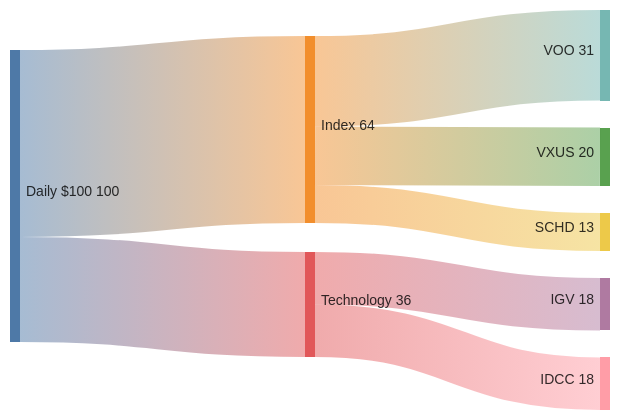
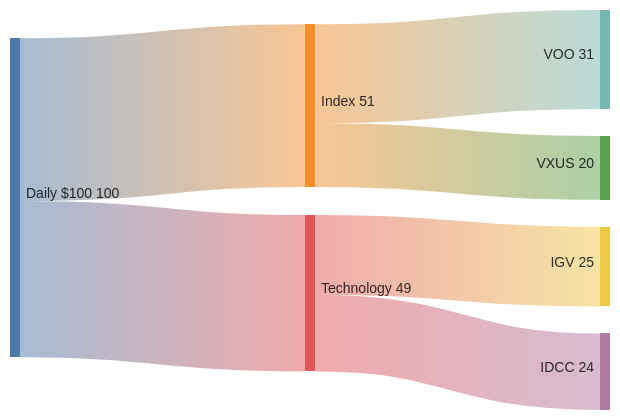
The diagram in portfolio/dashboards/dca-flow.md (CynicDog/investment-journal), drawn with Mermaid before and after one commit. The commit also changed 1 other file, not shown here.

Commit message:
feat(allocation): drop SCHD, redistribute to IGV/IDCC (plan v10)
SCHD removed as too conservative; 13% redistributed to IGV (+7→25%)
and IDCC (+6→24%). VOO and VXUS unchanged.

````diff
--- a/portfolio/dashboards/dca-flow.md
+++ b/portfolio/dashboards/dca-flow.md
@@ -5,15 +5,14 @@
 ```mermaid
 ---
 config:
   sankey:
     showValues: true
 ---
 sankey-beta
-Daily $100,Index,64
-Daily $100,Technology,36
+Daily $100,Index,51
+Daily $100,Technology,49
 Index,VOO,31
 Index,VXUS,20
-Index,SCHD,13
-Technology,IGV,18
-Technology,IDCC,18
+Technology,IGV,25
+Technology,IDCC,24
 ```
````
